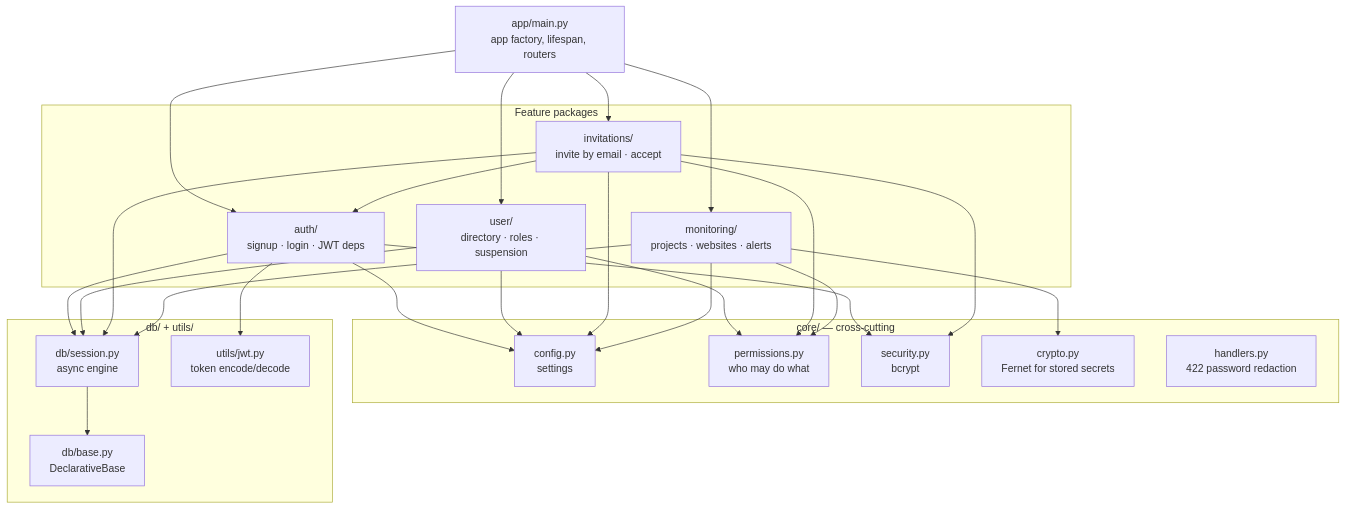
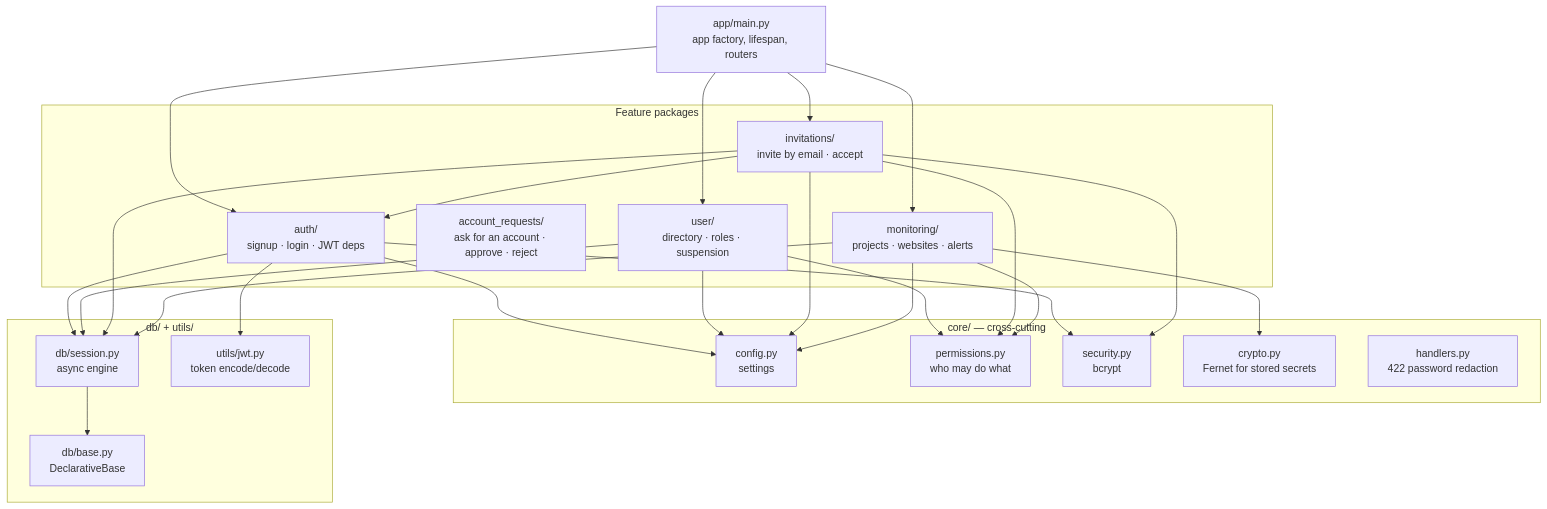
The second of 6 diagrams in doc/hld.md (TahjibNil75/watchly), drawn with Mermaid before and after one commit. The commit also changed other lines of this file and 26 other files, not shown here.

````diff
--- a/doc/hld.md
+++ b/doc/hld.md
@@ -95,33 +95,34 @@
 ```mermaid
 flowchart TD
     MAIN["app/main.py<br/>app factory, lifespan, routers"]
 
     subgraph feat["Feature packages"]
         AUTH["auth/<br/>signup · login · JWT deps"]
         USER["user/<br/>directory · roles · suspension"]
         INV["invitations/<br/>invite by email · accept"]
+        REQ["account_requests/<br/>ask for an account · approve · reject"]
         MON["monitoring/<br/>projects · websites · alerts"]
     end
 
     subgraph core["core/ — cross-cutting"]
         CFG["config.py<br/>settings"]
         PERM["permissions.py<br/>who may do what"]
         SEC["security.py<br/>bcrypt"]
         CRY["crypto.py<br/>Fernet for stored secrets"]
         HND["handlers.py<br/>422 password redaction"]
     end
 
     subgraph infra["db/ + utils/"]
         SESS["db/session.py<br/>async engine"]
         BASE["db/base.py<br/>DeclarativeBase"]
         JWT["utils/jwt.py<br/>token encode/decode"]
     end
 
     MAIN --> AUTH & USER & INV & MON
     AUTH --> JWT & SEC
     USER --> PERM
     INV --> AUTH & PERM & SEC
     MON --> PERM & CRY
     AUTH & USER & INV & MON --> SESS & CFG
     SESS --> BASE
 ```
````
